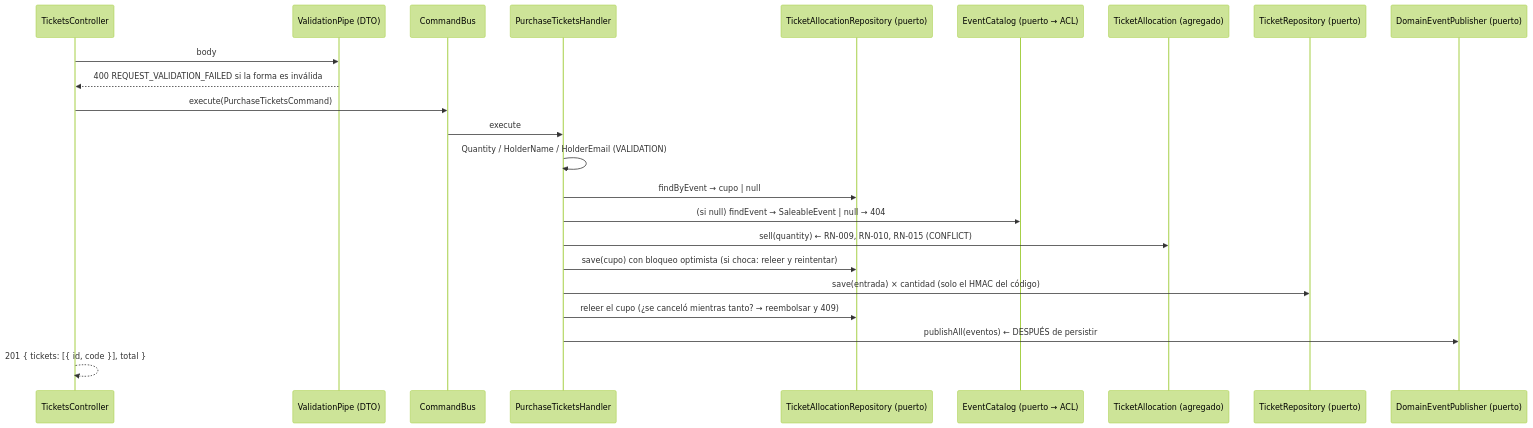
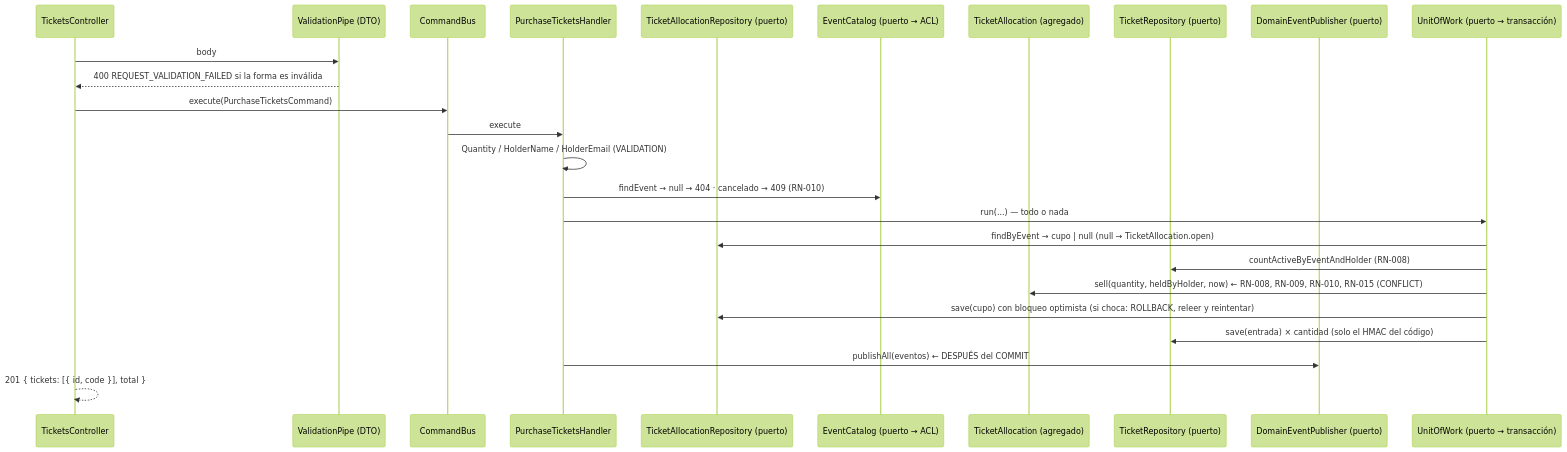
Before and after one commit to bryanramosing-ux/Tarea-Curso_NestJS: the diagram in docs/architecture/overview.md, drawn with Mermaid (forest theme). The commit also changed other lines of this file and 27 other files, not shown here.

````diff
--- a/docs/architecture/overview.md
+++ b/docs/architecture/overview.md
@@ -49,25 +53,27 @@
 ```mermaid
 sequenceDiagram
   participant C as TicketsController
   participant VP as ValidationPipe (DTO)
   participant CB as CommandBus
   participant H as PurchaseTicketsHandler
   participant AR as TicketAllocationRepository (puerto)
   participant CAT as EventCatalog (puerto → ACL)
   participant A as TicketAllocation (agregado)
   participant TR as TicketRepository (puerto)
   participant P as DomainEventPublisher (puerto)
   C->>VP: body
   VP-->>C: 400 REQUEST_VALIDATION_FAILED si la forma es inválida
   C->>CB: execute(PurchaseTicketsCommand)
   CB->>H: execute
+  participant U as UnitOfWork (puerto → transacción)
   H->>H: Quantity / HolderName / HolderEmail (VALIDATION)
-  H->>AR: findByEvent → cupo | null
-  H->>CAT: (si null) findEvent → SaleableEvent | null → 404
-  H->>A: sell(quantity) ← RN-009, RN-010, RN-015 (CONFLICT)
-  H->>AR: save(cupo) con bloqueo optimista (si choca: releer y reintentar)
-  H->>TR: save(entrada) × cantidad (solo el HMAC del código)
-  H->>AR: releer el cupo (¿se canceló mientras tanto? → reembolsar y 409)
-  H->>P: publishAll(eventos) ← DESPUÉS de persistir
+  H->>CAT: findEvent → null → 404 · cancelado → 409 (RN-010)
+  H->>U: run(...) — todo o nada
+  U->>AR: findByEvent → cupo | null (null → TicketAllocation.open)
+  U->>TR: countActiveByEventAndHolder (RN-008)
+  U->>A: sell(quantity, heldByHolder, now) ← RN-008, RN-009, RN-010, RN-015 (CONFLICT)
+  U->>AR: save(cupo) con bloqueo optimista (si choca: ROLLBACK, releer y reintentar)
+  U->>TR: save(entrada) × cantidad (solo el HMAC del código)
+  H->>P: publishAll(eventos) ← DESPUÉS del COMMIT
   C-->>C: 201 { tickets: [{ id, code }], total }
 ```
````
